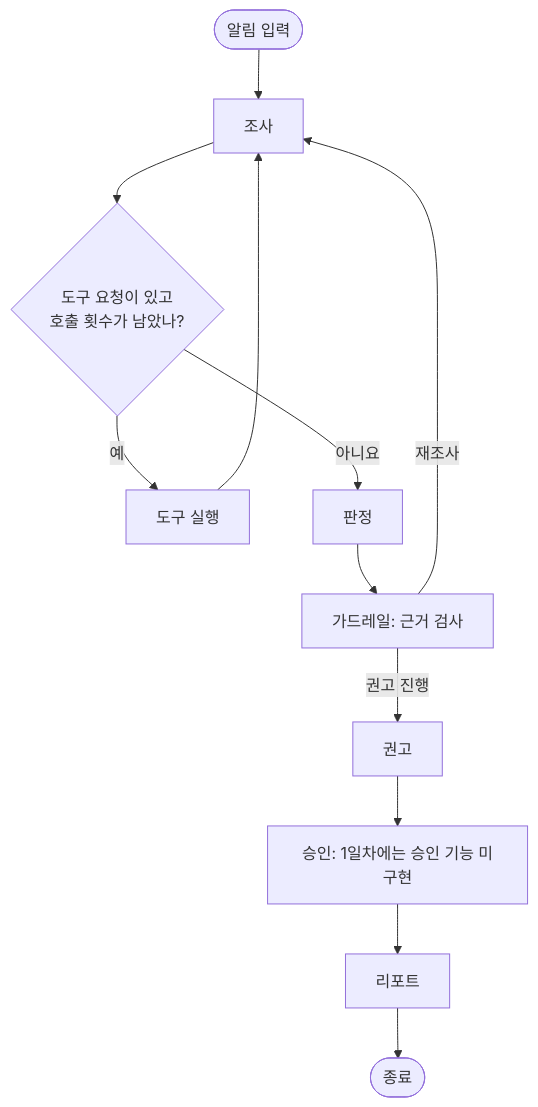
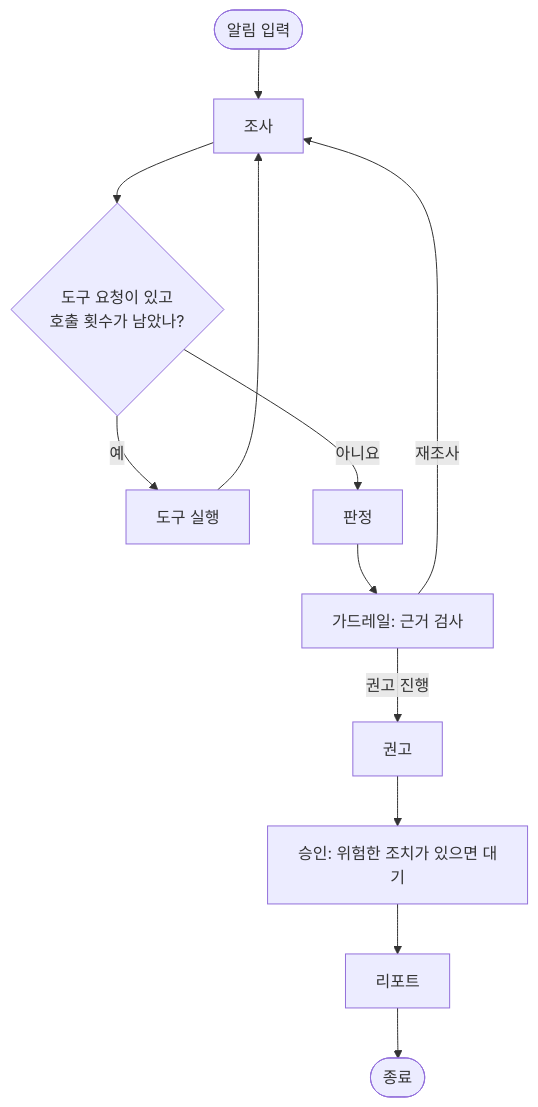
The diagram in docs/ARCHITECTURE.md (Shin-E2/edr-ai-triage-lab), drawn with Mermaid before and after one commit. The commit also changed other lines of this file, not shown here.

````diff
--- a/docs/ARCHITECTURE.md
+++ b/docs/ARCHITECTURE.md
@@ -9,14 +9,14 @@
 ```mermaid
 flowchart TD
     Start([알림 입력]) --> Investigate[조사]
     Investigate --> More{도구 요청이 있고<br/>호출 횟수가 남았나?}
     More -- 예 --> Tools[도구 실행]
     Tools --> Investigate
     More -- 아니요 --> Judge[판정]
     Judge --> Guardrail[가드레일: 근거 검사]
     Guardrail -- 재조사 --> Investigate
     Guardrail -- 권고 진행 --> Recommend[권고]
-    Recommend --> Approval[승인: 1일차에는 승인 기능 미구현]
+    Recommend --> Approval[승인: 위험한 조치가 있으면 대기]
     Approval --> Report[리포트]
     Report --> End([종료])
 ```
````
